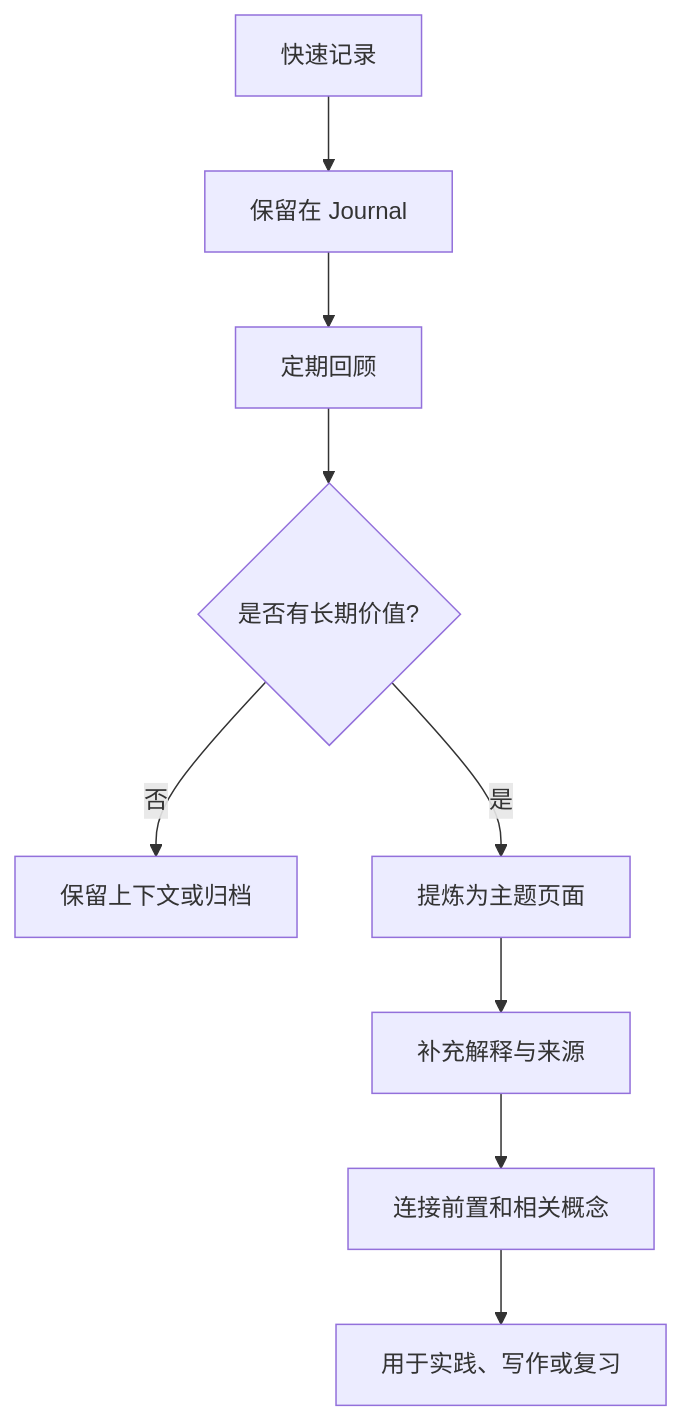
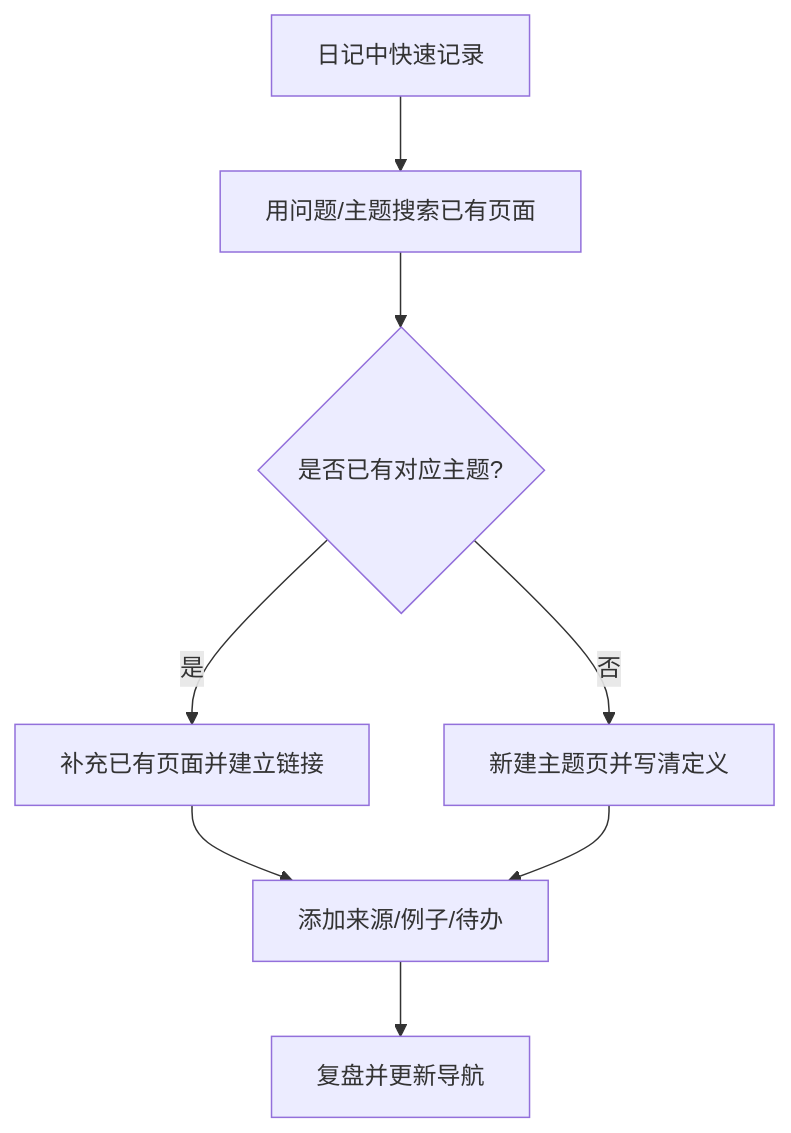
The diagram in pages/LogSeq.md (ilikui/Notes), drawn with Mermaid before and after one commit. The commit also changed other lines of this file and 20 other files, not shown here.

First line of the commit message:
docs: complete foundation notes and add diagrams

````diff
--- a/pages/LogSeq.md
+++ b/pages/LogSeq.md
@@ -19,11 +16,10 @@
 ```mermaid
 flowchart TD
-    A[快速记录] --> B[保留在 Journal]
-    B --> C[定期回顾]
-    C --> D{是否有长期价值?}
-    D -- 否 --> E[保留上下文或归档]
-    D -- 是 --> F[提炼为主题页面]
-    F --> G[补充解释与来源]
-    G --> H[连接前置和相关概念]
-    H --> I[用于实践、写作或复习]
+    A[日记中快速记录] --> B[用问题/主题搜索已有页面]
+    B --> C{是否已有对应主题?}
+    C -- 是 --> D[补充已有页面并建立链接]
+    C -- 否 --> E[新建主题页并写清定义]
+    D --> F[添加来源/例子/待办]
+    E --> F
+    F --> G[复盘并更新导航]
 ```
````
